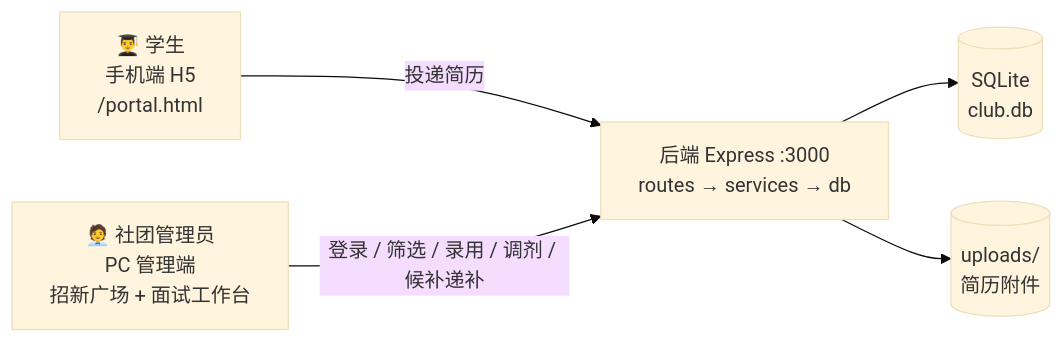
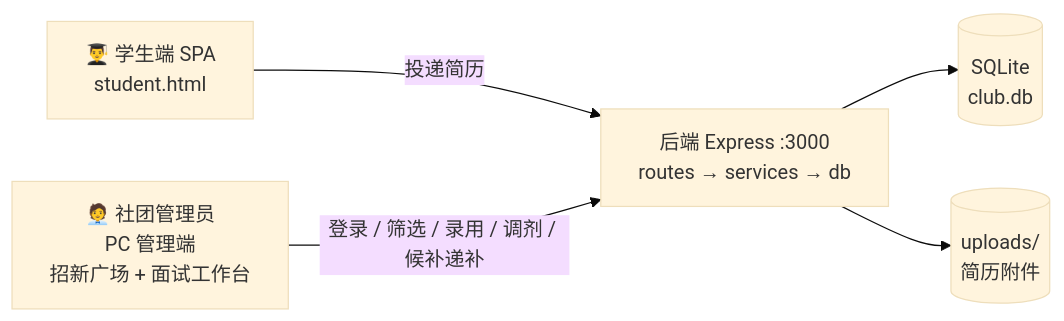
Before and after one commit to LLLDIOT/community: the diagram in README.md, drawn with Mermaid (base theme). The commit also changed other lines of this file and 25 other files, not shown here.

First line of the commit message:
feat(student): 学生端改为与社团端相同的 SPA 交互模式

````diff
--- a/README.md
+++ b/README.md
@@ -14,7 +14,7 @@
 ```mermaid
 flowchart LR
-    S["👨‍🎓 学生<br/>手机端 H5<br/>/portal.html"] -->|"投递简历"| API
+    S["👨‍🎓 学生端 SPA<br/>student.html"] -->|"投递简历"| API
     A["🧑‍💼 社团管理员<br/>PC 管理端<br/>招新广场 + 面试工作台"] -->|"登录 / 筛选 / 录用 / 调剂 / 候补递补"| API
     API["后端 Express :3000<br/>routes → services → db"] --> DB[("SQLite<br/>club.db")]
     API --> UP[("uploads/<br/>简历附件")]
 ```
````
